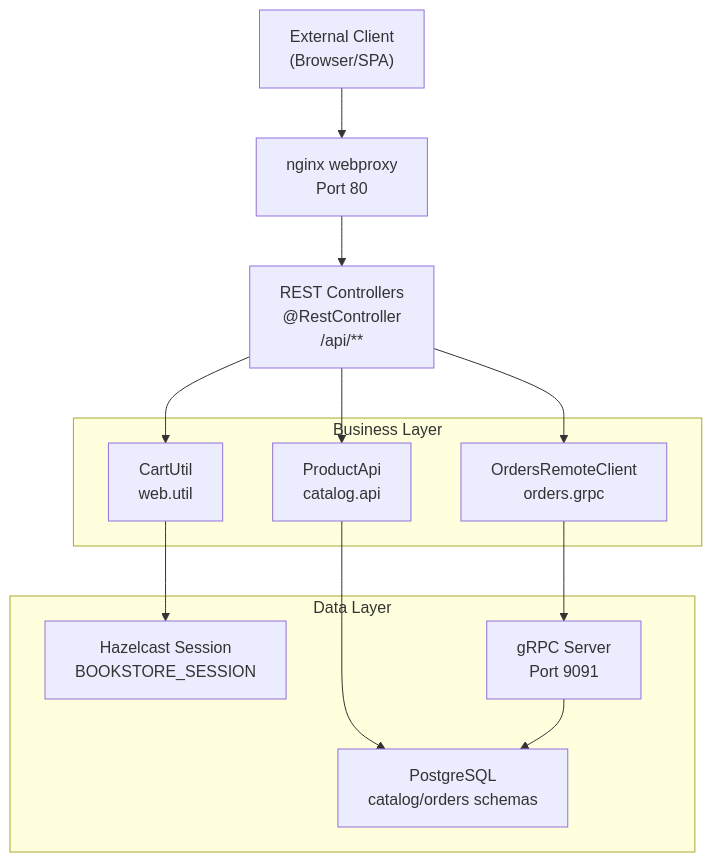
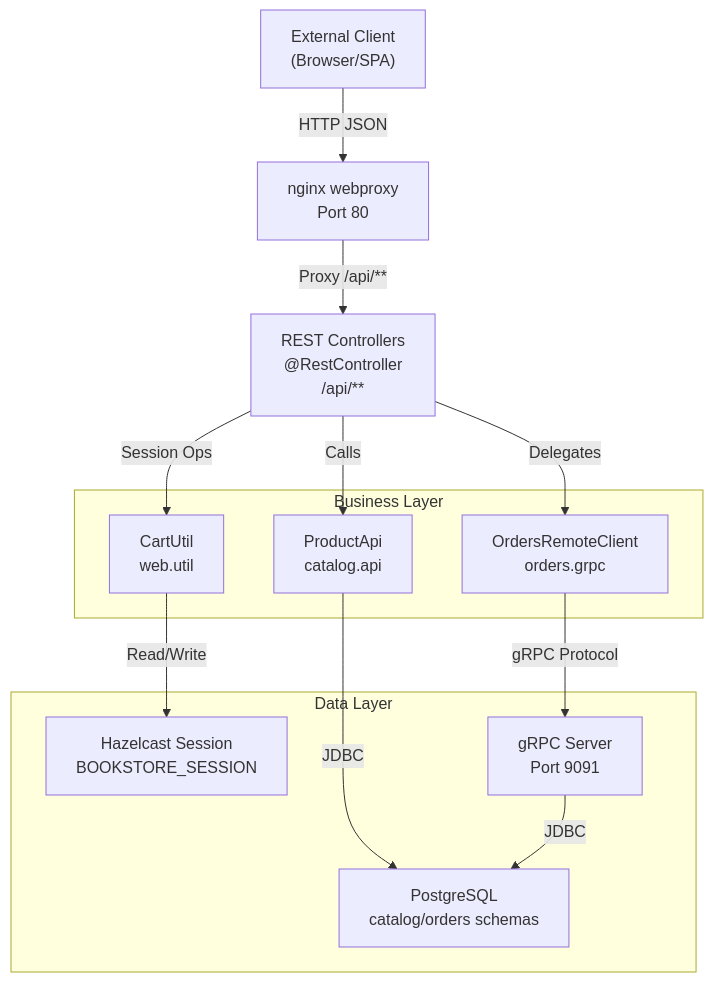
The first of 3 diagrams in docs/deepwiki/REST-API-Endpoints.md (philipz/spring-modular-monolith), drawn with Mermaid before and after one commit. The commit also changed other lines of this file and 55 other files, not shown here.

````diff
--- a/docs/deepwiki/REST-API-Endpoints.md
+++ b/docs/deepwiki/REST-API-Endpoints.md
@@ -54,35 +54,35 @@
 ```mermaid
 flowchart TD
 
 Client["External Client<br>(Browser/SPA)"]
 Nginx["nginx webproxy<br>Port 80"]
 RestCtrl["REST Controllers<br>@RestController<br>/api/**"]
 GrpcClient["OrdersRemoteClient<br>orders.grpc"]
 ProdAPI["ProductApi<br>catalog.api"]
 CartUtil["CartUtil<br>web.util"]
 HZSession["Hazelcast Session<br>BOOKSTORE_SESSION"]
 GrpcServer["gRPC Server<br>Port 9091"]
 DB["PostgreSQL<br>catalog/orders schemas"]
 
-Client --> Nginx
-Nginx --> RestCtrl
-RestCtrl --> GrpcClient
-RestCtrl --> ProdAPI
-RestCtrl --> CartUtil
-GrpcClient --> GrpcServer
-ProdAPI --> DB
-CartUtil --> HZSession
+Client -->|"HTTP JSON"| Nginx
+Nginx -->|"Proxy /api/**"| RestCtrl
+RestCtrl -->|"Delegates"| GrpcClient
+RestCtrl -->|"Calls"| ProdAPI
+RestCtrl -->|"Session Ops"| CartUtil
+GrpcClient -->|"gRPC Protocol"| GrpcServer
+ProdAPI -->|"JDBC"| DB
+CartUtil -->|"Read/Write"| HZSession
 
 subgraph subGraph1 ["Data Layer"]
     HZSession
     GrpcServer
     DB
-    GrpcServer --> DB
+    GrpcServer -->|"JDBC"| DB
 end
 
 subgraph subGraph0 ["Business Layer"]
     GrpcClient
     ProdAPI
     CartUtil
 end
 ```
````
